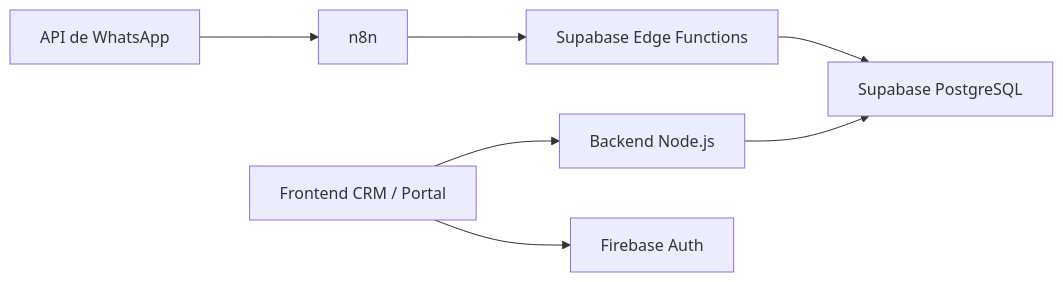
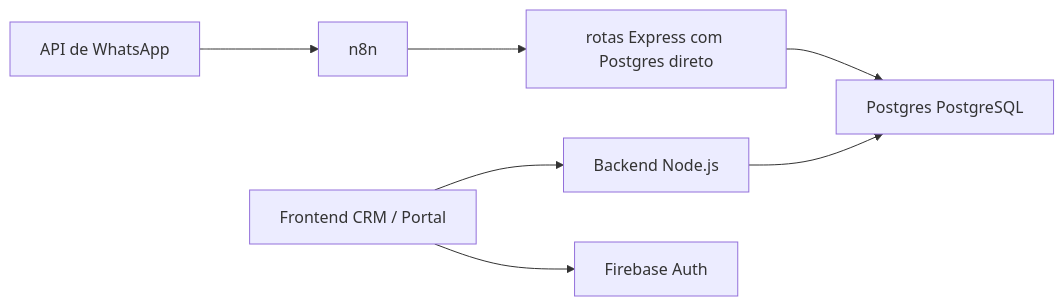
Before and after one commit to conradofl/VexoCrm: the diagram in README.md, drawn with Mermaid. The commit also changed other lines of this file and 143 other files, not shown here.

````diff
--- a/README.md
+++ b/README.md
@@ -31,10 +31,10 @@
 ```mermaid
 flowchart LR
     wa["API de WhatsApp"] --> n8n["n8n"]
-    n8n --> edge["Supabase Edge Functions"]
-    edge --> db["Supabase PostgreSQL"]
+    n8n --> edge["rotas Express com Postgres direto"]
+    edge --> db["Postgres PostgreSQL"]
 
     app["Frontend CRM / Portal"] --> api["Backend Node.js"]
     api --> db
     app --> auth["Firebase Auth"]
 ```
````
